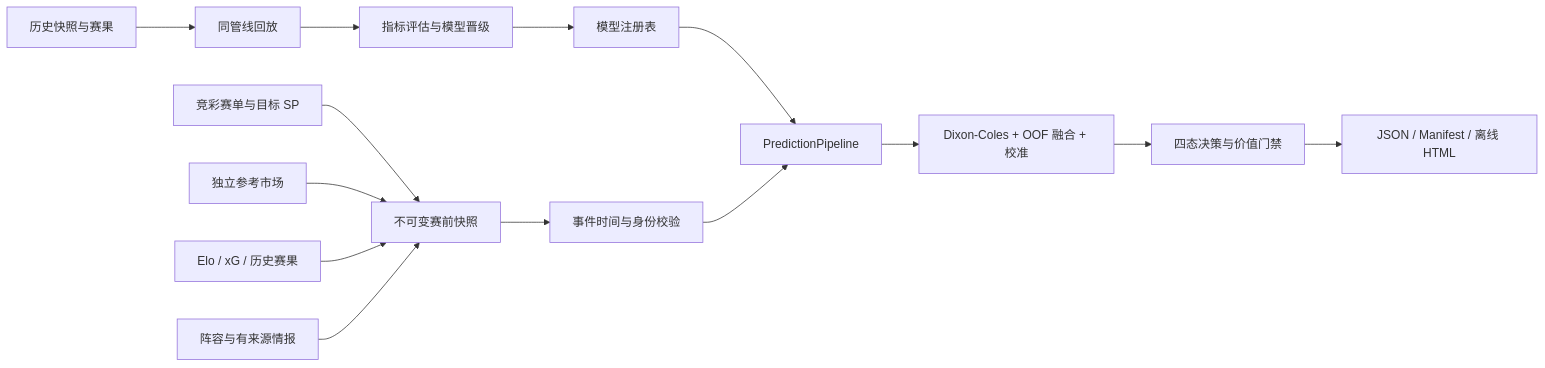
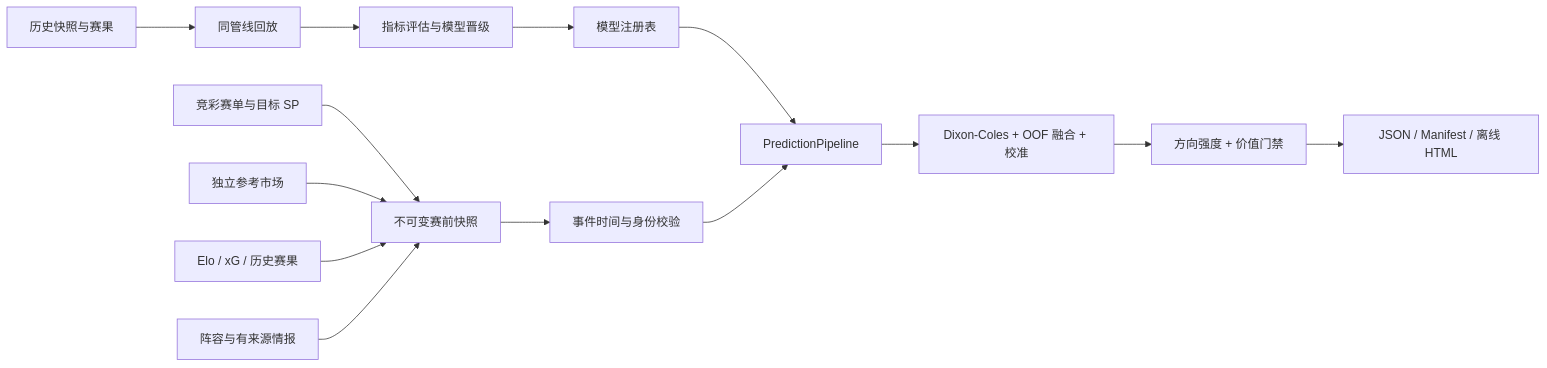
Before and after one commit to JetQiao/football-prediction-skill: the diagram in README.md, drawn with Mermaid. The commit also changed other lines of this file and 35 other files, not shown here.

````diff
--- a/README.md
+++ b/README.md
@@ -115,16 +130,16 @@
 ```mermaid
 flowchart LR
     A["竞彩赛单与目标 SP"] --> S["不可变赛前快照"]
     B["独立参考市场"] --> S
     C["Elo / xG / 历史赛果"] --> S
     D["阵容与有来源情报"] --> S
     S --> T["事件时间与身份校验"]
     R["模型注册表"] --> P["PredictionPipeline"]
     T --> P
     P --> M["Dixon-Coles + OOF 融合 + 校准"]
-    M --> G["四态决策与价值门禁"]
+    M --> G["方向强度 + 价值门禁"]
     G --> O["JSON / Manifest / 离线 HTML"]
     H["历史快照与赛果"] --> E["同管线回放"]
     E --> V["指标评估与模型晋级"]
     V --> R
 ```
````
